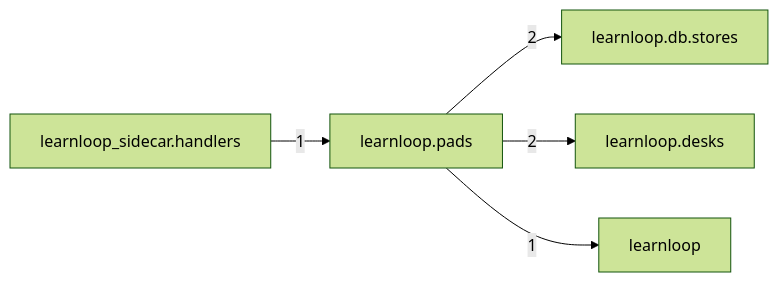
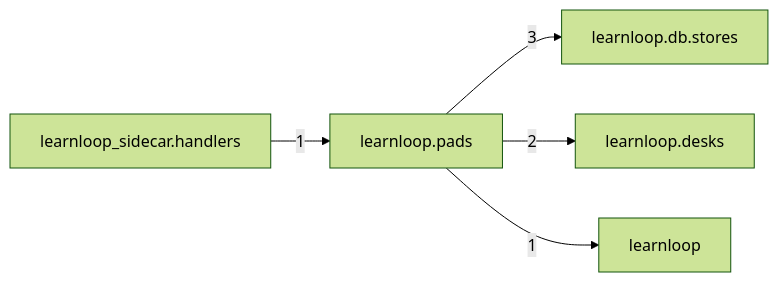
The diagram in docs/learnloop-architecture-vault/Reference/Modules/learnloop/pads/_package.md (6up-b/learnanything), drawn with Mermaid (forest theme) before and after one commit. The commit also changed other lines of this file and 49 other files, not shown here.

````diff
--- a/docs/learnloop-architecture-vault/Reference/Modules/learnloop/pads/_package.md
+++ b/docs/learnloop-architecture-vault/Reference/Modules/learnloop/pads/_package.md
@@ -65,12 +65,12 @@
 ```mermaid
 flowchart LR
     center["learnloop.pads"]
     n_learnloop_db_stores["learnloop.db.stores"]
     n_learnloop_desks["learnloop.desks"]
     n_learnloop["learnloop"]
     n_learnloop_sidecar_handlers["learnloop_sidecar.handlers"]
-    center -->|2| n_learnloop_db_stores
+    center -->|3| n_learnloop_db_stores
     center -->|2| n_learnloop_desks
     center -->|1| n_learnloop
     n_learnloop_sidecar_handlers -->|1| center
 ```
````
